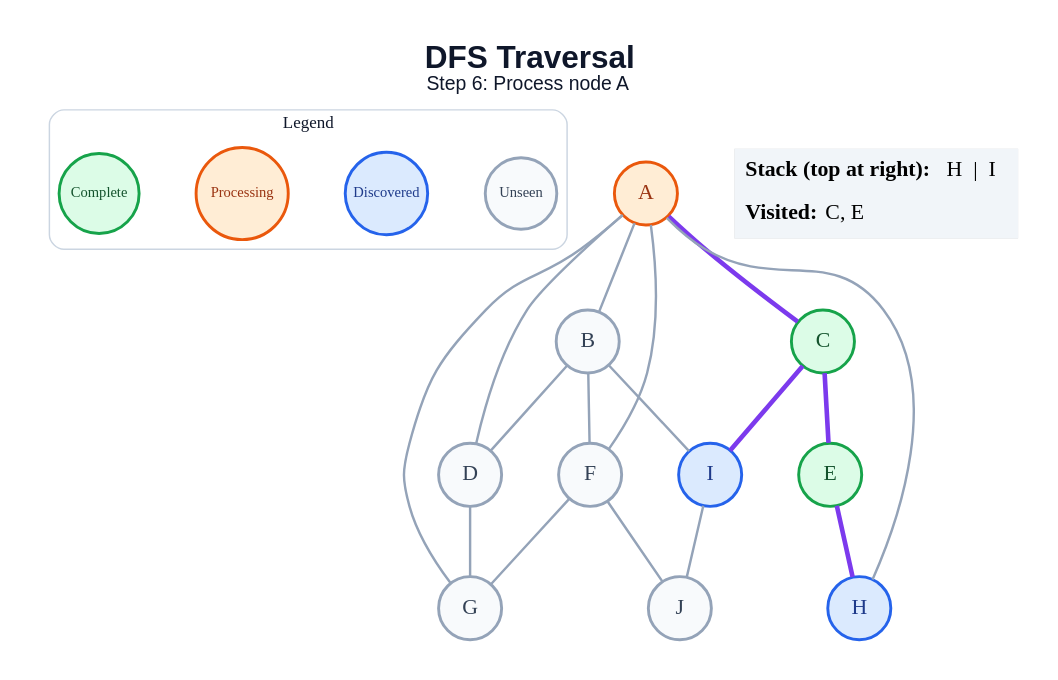
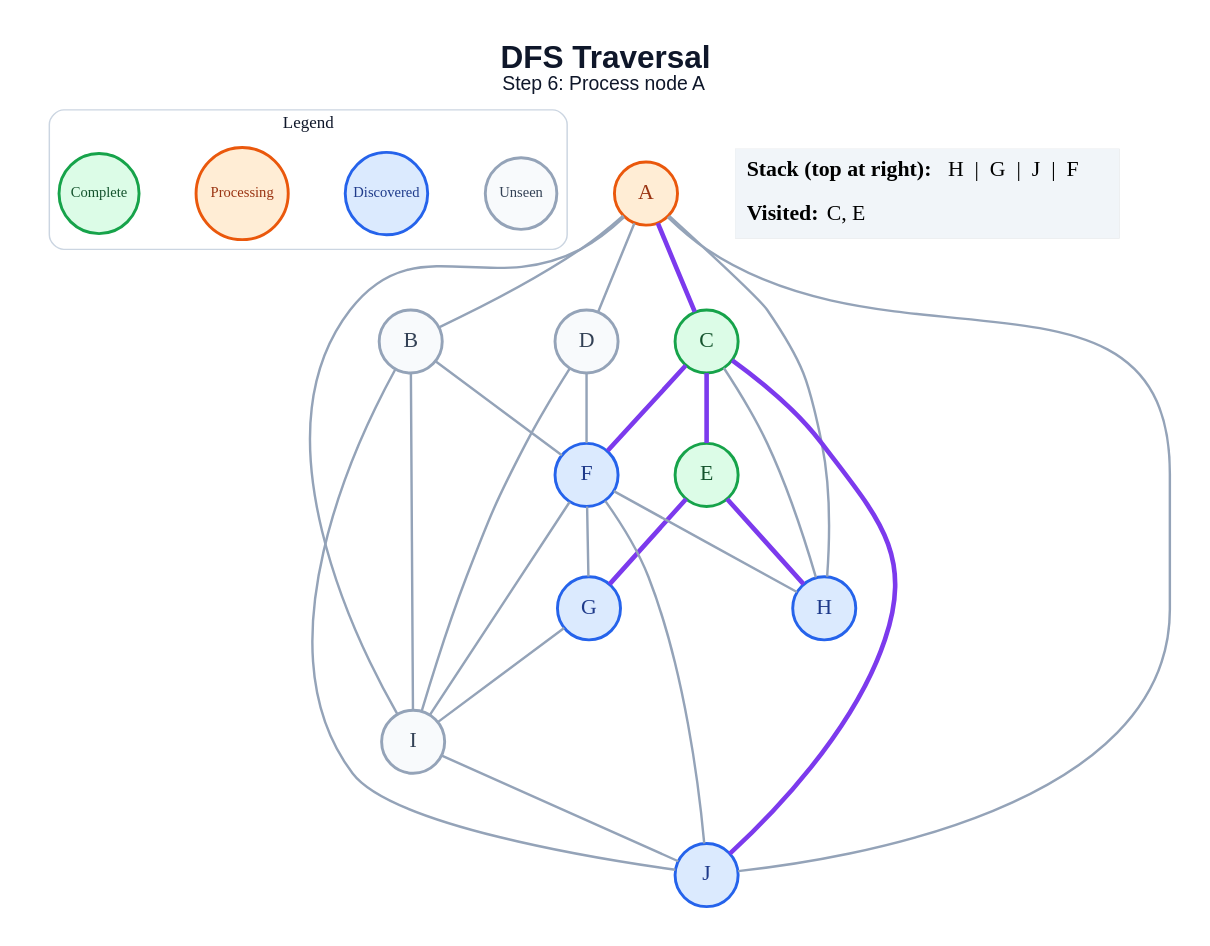
The diagram in generated/specific-node/dfs/step_06.dot (amanghodawala9/ai-slop), drawn with Graphviz before and after one commit. The commit also changed 178 other files, not shown here.

```diff
--- a/generated/specific-node/dfs/step_06.dot
+++ b/generated/specific-node/dfs/step_06.dot
@@ -1,45 +1,52 @@
 graph traversal {
   graph [layout=dot, rankdir=TB, bgcolor="#FFFFFF", pad="0.35", nodesep="0.65", ranksep="0.8", fontname="Arial"];
   node [shape=circle, style="filled", fontname="Arial Bold", fontsize=18, width=0.72, fixedsize=true, penwidth=2.4];
   edge [color="#94A3B8", penwidth=2.0];
   label=<<B>DFS Traversal</B><BR/><FONT POINT-SIZE="16">Step 6: Process node A</FONT>>; labelloc="t"; fontsize=26; fontname="Arial"; fontcolor="#0F172A";
   subgraph cluster_legend { label="Legend"; color="#CBD5E1"; penwidth=1.2; style="rounded"; fontsize=14; fontname="Arial Bold";
     key_unseen [label="Unseen", fillcolor="#F8FAFC", color="#94A3B8", fontcolor="#334155", fontsize=12, width=0.82];
     key_frontier [label="Discovered", fillcolor="#DBEAFE", color="#2563EB", fontcolor="#1E3A8A", fontsize=12, width=0.95];
     key_current [label="Processing", fillcolor="#FFEDD5", color="#EA580C", fontcolor="#9A3412", fontsize=12, width=1.05];
     key_done [label="Complete", fillcolor="#DCFCE7", color="#16A34A", fontcolor="#14532D", fontsize=12, width=0.92];
     { rank=same; key_unseen; key_frontier; key_current; key_done; }
   }
   A [fillcolor="#FFEDD5", color="#EA580C", fontcolor="#9A3412"];
   B [fillcolor="#F8FAFC", color="#94A3B8", fontcolor="#334155"];
   C [fillcolor="#DCFCE7", color="#16A34A", fontcolor="#14532D"];
   D [fillcolor="#F8FAFC", color="#94A3B8", fontcolor="#334155"];
   E [fillcolor="#DCFCE7", color="#16A34A", fontcolor="#14532D"];
-  F [fillcolor="#F8FAFC", color="#94A3B8", fontcolor="#334155"];
-  G [fillcolor="#F8FAFC", color="#94A3B8", fontcolor="#334155"];
+  F [fillcolor="#DBEAFE", color="#2563EB", fontcolor="#1E3A8A"];
+  G [fillcolor="#DBEAFE", color="#2563EB", fontcolor="#1E3A8A"];
   H [fillcolor="#DBEAFE", color="#2563EB", fontcolor="#1E3A8A"];
-  I [fillcolor="#DBEAFE", color="#2563EB", fontcolor="#1E3A8A"];
-  J [fillcolor="#F8FAFC", color="#94A3B8", fontcolor="#334155"];
+  I [fillcolor="#F8FAFC", color="#94A3B8", fontcolor="#334155"];
+  J [fillcolor="#DBEAFE", color="#2563EB", fontcolor="#1E3A8A"];
   A -- B;
   A -- C [color="#7C3AED", penwidth=3.8];
   A -- D;
-  A -- F;
-  A -- G;
   A -- H;
-  B -- D;
+  A -- I;
+  A -- J;
   B -- F;
   B -- I;
+  B -- J;
   C -- E [color="#7C3AED", penwidth=3.8];
-  C -- I [color="#7C3AED", penwidth=3.8];
-  D -- G;
+  C -- F [color="#7C3AED", penwidth=3.8];
+  C -- H;
+  C -- J [color="#7C3AED", penwidth=3.8];
+  D -- F;
+  D -- I;
+  E -- G [color="#7C3AED", penwidth=3.8];
   E -- H [color="#7C3AED", penwidth=3.8];
   F -- G;
+  F -- H;
+  F -- I;
   F -- J;
+  G -- I;
   I -- J;
   status [shape=plain, fixedsize=false, width=0, height=0, margin=0, label=<
     <TABLE BORDER="0" CELLBORDER="0" CELLPADDING="7" BGCOLOR="#F1F5F9">
-      <TR><TD ALIGN="LEFT"><B>Stack (top at right):</B> H  |  I</TD></TR>
+      <TR><TD ALIGN="LEFT"><B>Stack (top at right):</B> H  |  G  |  J  |  F</TD></TR>
       <TR><TD ALIGN="LEFT"><B>Visited:</B> C, E</TD></TR>
     </TABLE>
   >];
 }
```
